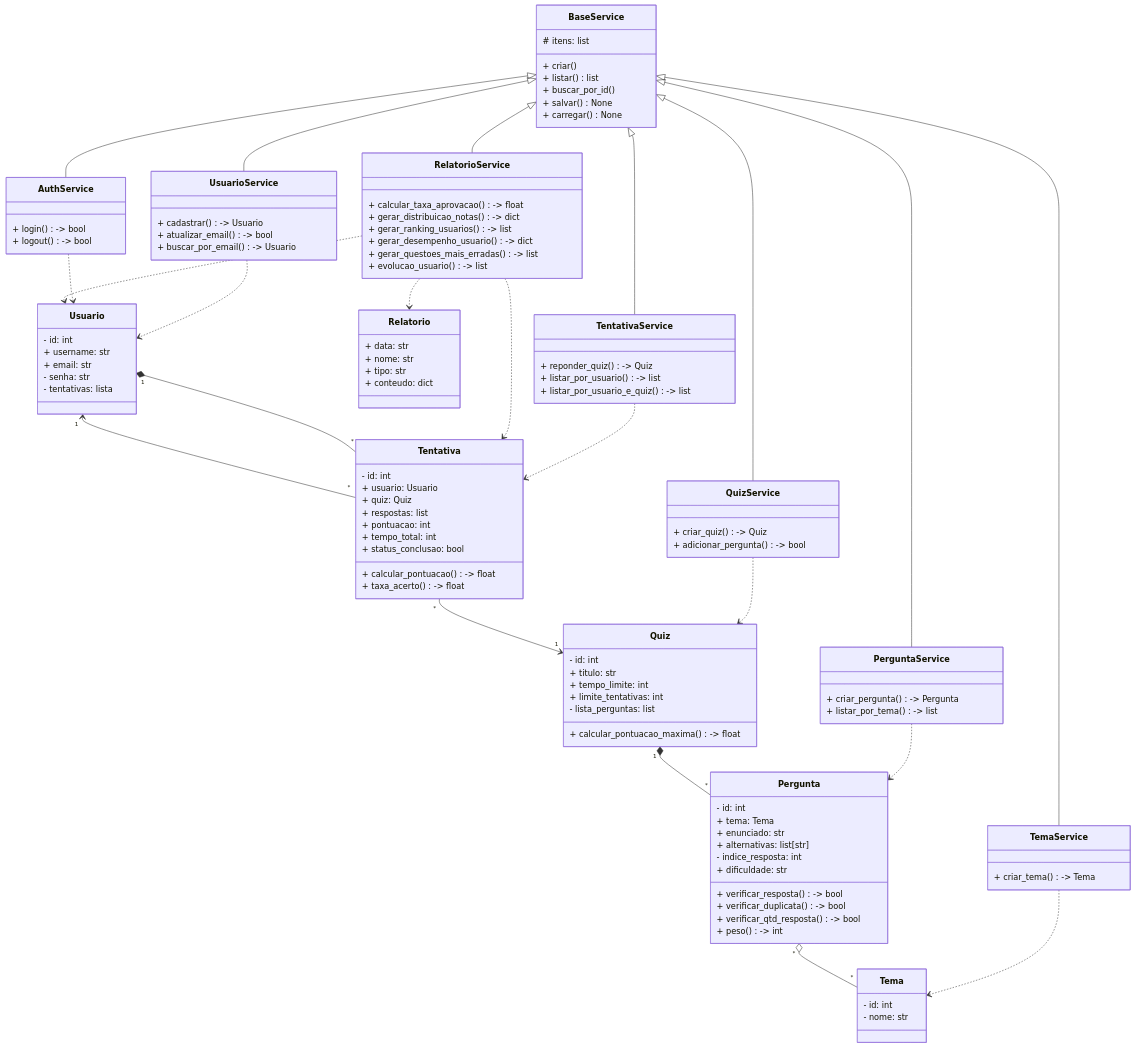
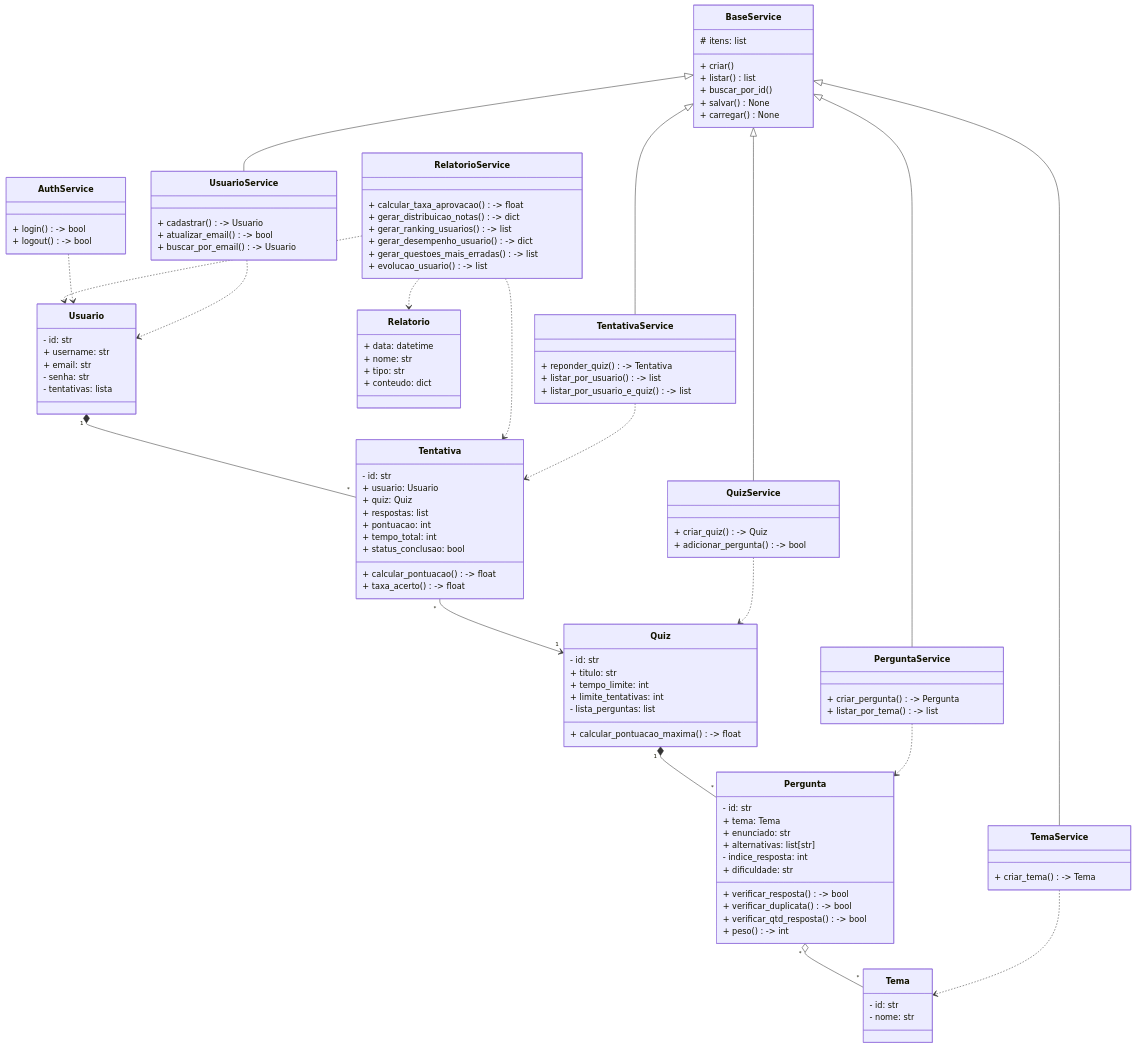
Before and after one commit to EzequielFerreira35/sistema-de-quiz-educacional: the diagram in README.md, drawn with Mermaid. The commit also changed 7 other files, not shown here.

````diff
--- a/README.md
+++ b/README.md
@@ -11,12 +11,12 @@
 ```mermaid
 classDiagram
     class Tema{
-        - id: int
+        - id: str
         - nome: str
     }
 
     class Quiz {
-        - id: int
+        - id: str
         + titulo: str
         + tempo_limite: int
         + limite_tentativas: int
@@ -25,7 +25,7 @@
     }
 
     class Pergunta {
-        - id: int
+        - id: str
         + tema: Tema
         + enunciado: str
         + alternativas: list[str]
@@ -39,7 +39,7 @@
         }
 
     class Usuario {    
-        - id: int
+        - id: str
         + username: str
         + email: str
         - senha: str
@@ -47,7 +47,7 @@
     }
 
     class Tentativa {
-        - id: int
+        - id: str
         + usuario: Usuario
         + quiz: Quiz
         + respostas: list
@@ -60,7 +60,7 @@
         }
     
     class Relatorio {
-        + data: str
+        + data: datetime
         + nome: str
         + tipo: str
         + conteudo: dict
@@ -96,7 +96,7 @@
         }
 
     class TentativaService {
-        + reponder_quiz() -> Quiz
+        + reponder_quiz() -> Tentativa
         + listar_por_usuario() -> list
         + listar_por_usuario_e_quiz() -> list 
         }
@@ -129,7 +129,6 @@
     Quiz "1" *-- "*" Pergunta
     Pergunta "*" o-- "*" Tema
     Tentativa "*" --> "1" Quiz
-    Tentativa "*" --> "1" Usuario
     Usuario "1" *-- "*" Tentativa
 
     BaseService <|-- TemaService
@@ -137,7 +136,6 @@
     BaseService <|-- UsuarioService
     BaseService <|-- PerguntaService
     BaseService <|-- TentativaService
-    BaseService <|-- RelatorioService
-    BaseService <|-- AuthService
+
 
 ```
````
